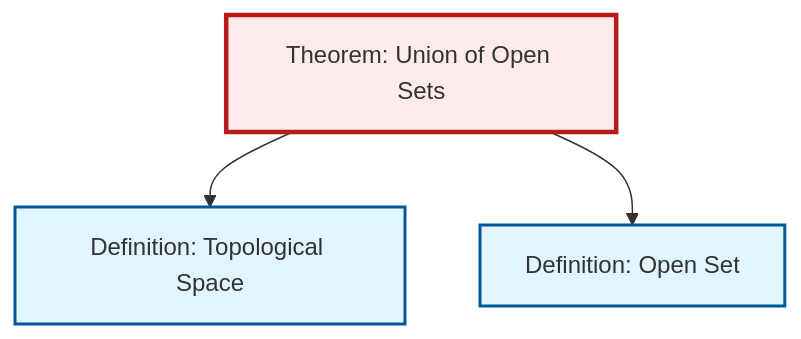
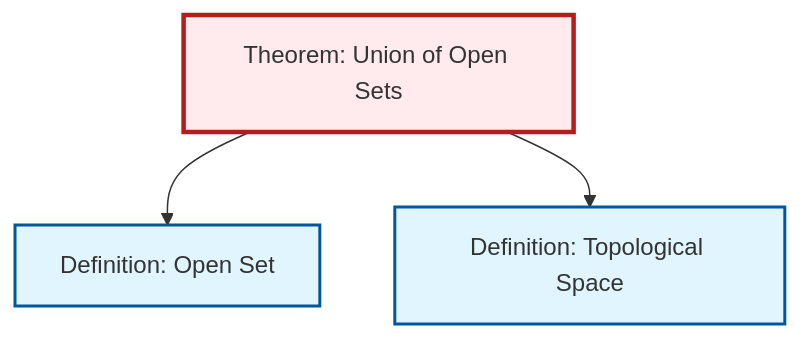
The diagram in content/en/topology/thm-union-open-sets.qmd (RK0429/ModernMath), drawn with Mermaid before and after one commit. The commit also changed other lines of this file and 581 other files, not shown here.

````diff
--- a/content/en/topology/thm-union-open-sets.qmd
+++ b/content/en/topology/thm-union-open-sets.qmd
@@ -60,17 +60,17 @@
 ```{mermaid}
 %%| fig-cap: "Local dependency graph"
 graph TD
     classDef definition fill:#e1f5fe,stroke:#01579b,stroke-width:2px
     classDef theorem fill:#f3e5f5,stroke:#4a148c,stroke-width:2px
     classDef axiom fill:#fff3e0,stroke:#e65100,stroke-width:2px
     classDef example fill:#e8f5e9,stroke:#1b5e20,stroke-width:2px
     classDef current fill:#ffebee,stroke:#b71c1c,stroke-width:3px
+    def-topological-space["Definition: Topological Space"]:::definition
+    def-open-set["Definition: Open Set"]:::definition
     thm-union-open-sets["Theorem: Union of Open Sets"]:::theorem
-    def-open-set["Definition: Open Set"]:::definition
-    def-topological-space["Definition: Topological Space"]:::definition
+    thm-union-open-sets --> def-open-set
     thm-union-open-sets --> def-topological-space
-    thm-union-open-sets --> def-open-set
     class thm-union-open-sets current
+    click def-topological-space "def-topological-space.html" "Go to Topological Space definition"
     click def-open-set "def-open-set.html" "Go to Open Set definition"
-    click def-topological-space "def-topological-space.html" "Go to Topological Space definition"
 ```
````
